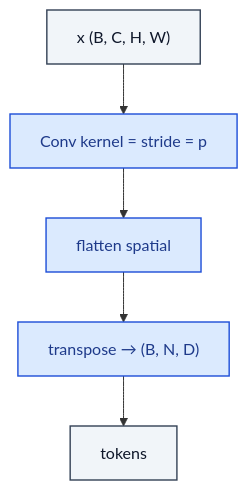
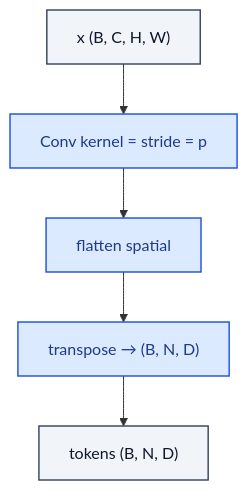
One commit to RealityShifts/Srivastava-book-of-Blocks-diagrams changed the diagram in vit/PatchEmbedding.md. Above: the diagram before and after it, drawn with Mermaid. The commit also changed 123 other files, not shown here.

````diff
--- a/vit/PatchEmbedding.md
+++ b/vit/PatchEmbedding.md
@@ -7,21 +7,22 @@
 ```mermaid
 flowchart TD
     n0_0["x  (B, C, H, W)"]:::io
     n1_0["Conv  kernel = stride = p"]:::op
     n2_0["flatten spatial"]:::op
     n3_0["transpose → (B, N, D)"]:::op
-    n4_0["tokens"]:::io
+    n4_0["tokens  (B, N, D)"]:::io
     n0_0 --> n1_0
     n1_0 --> n2_0
     n2_0 --> n3_0
     n3_0 --> n4_0
     classDef io fill:#f1f5f9,stroke:#334155,stroke-width:1.4px,color:#0f172a
     classDef op fill:#dbeafe,stroke:#1d4ed8,stroke-width:1.4px,color:#1e3a8a
     classDef norm fill:#dcfce7,stroke:#15803d,stroke-width:1.4px,color:#14532d
     classDef act fill:#ffedd5,stroke:#c2410c,stroke-width:1.4px,color:#7c2d12
     classDef attn fill:#ede9fe,stroke:#6d28d9,stroke-width:1.4px,color:#4c1d95
     classDef merge fill:#fef3c7,stroke:#b45309,stroke-width:1.4px,color:#78350f
     classDef emb fill:#fef9c3,stroke:#a16207,stroke-width:1.4px,color:#713f12
     classDef loss fill:#fee2e2,stroke:#b91c1c,stroke-width:1.4px,color:#7f1d1d
     classDef ctrl fill:#f5f5f4,stroke:#52525b,stroke-width:1.4px,color:#27272a
+    classDef ref fill:#e0f2fe,stroke:#0369a1,stroke-width:2px,color:#0c4a6e,stroke-dasharray: 4 2
 ```
````
